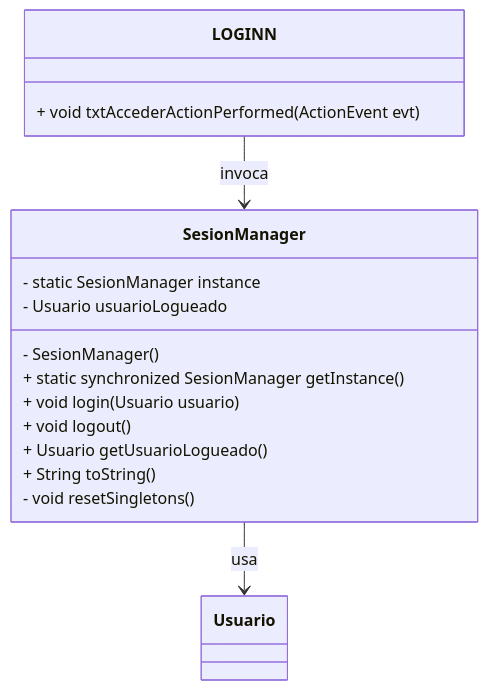
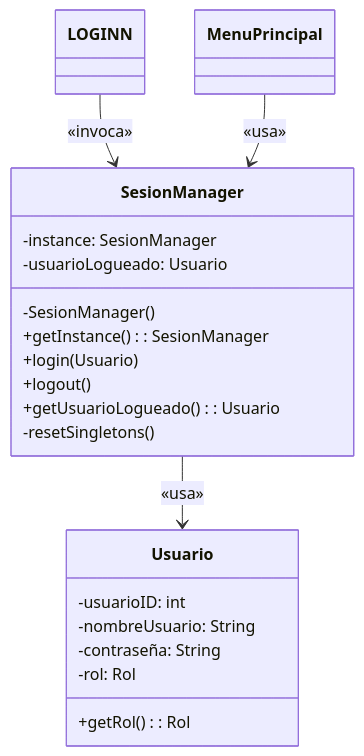
One commit to BraulioDamian/design-patterns changed the diagram in README.md. Above: the diagram before and after it, drawn with Mermaid. The commit also changed other lines of this file, not shown here.

````diff
--- a/README.md
+++ b/README.md
@@ -71,25 +110,25 @@
 ```mermaid
 classDiagram
+    class SesionManager {
+        -instance: SesionManager
+        -usuarioLogueado: Usuario
+        -SesionManager()
+        +getInstance(): SesionManager
+        +login(Usuario)
+        +logout()
+        +getUsuarioLogueado(): Usuario
+        -resetSingletons()
+    }
+    
     class Usuario {
+        -usuarioID: int
+        -nombreUsuario: String
+        -contraseña: String
+        -rol: Rol
+        +getRol(): Rol
     }
-
-    class SesionManager {
-        - static SesionManager instance
-        - Usuario usuarioLogueado
-        - SesionManager()
-        + static synchronized SesionManager getInstance()
-        + void login(Usuario usuario)
-        + void logout()
-        + Usuario getUsuarioLogueado()
-        + String toString()
-        - void resetSingletons()
-    }
-
-    class LOGINN {
-        + void txtAccederActionPerformed(ActionEvent evt)
-    }
-
-    SesionManager --> Usuario : usa
-    LOGINN --> SesionManager : invoca
-
+    
+    SesionManager --> Usuario : «usa»
+    LOGINN --> SesionManager : «invoca»
+    MenuPrincipal --> SesionManager : «usa»
 ```
````
